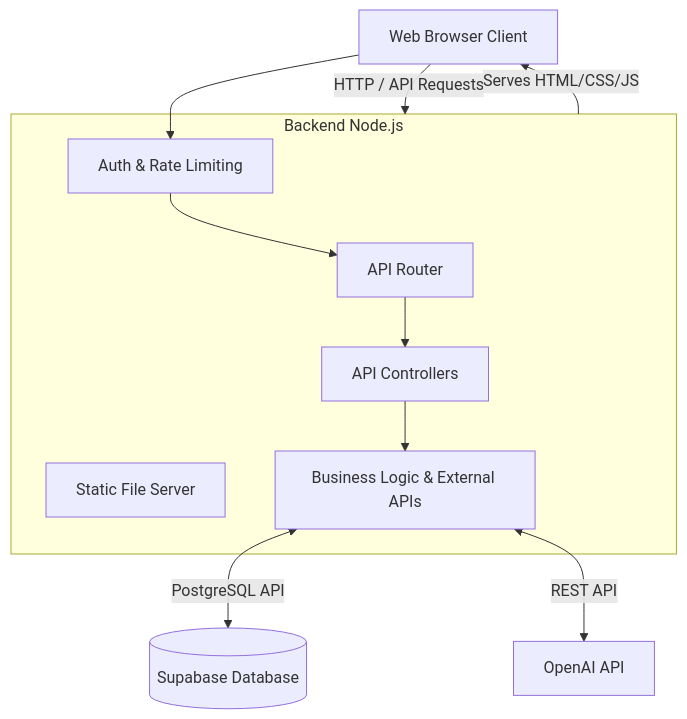
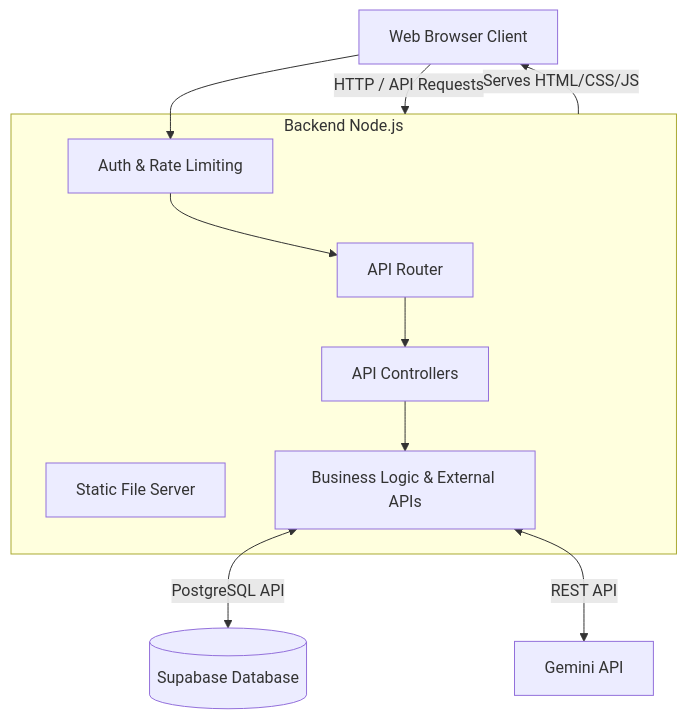
One commit to HADI-bit183/lomba changed the first of 3 diagrams in README.md. Above: the diagram before and after it, drawn with Mermaid. The commit also changed other lines of this file and 10 other files, not shown here.

````diff
--- a/README.md
+++ b/README.md
@@ -14,21 +14,21 @@
 ```mermaid
 graph TD
     Client[Web Browser Client] -->|HTTP / API Requests| Server[Node.js Server]
     
     subgraph Server [Backend Node.js]
         Router[API Router]
         Static[Static File Server]
         Middleware[Auth & Rate Limiting]
         Controllers[API Controllers]
         Services[Business Logic & External APIs]
     end
     
     Server -->|Serves HTML/CSS/JS| Client
     Client --> Middleware
     Middleware --> Router
     Router --> Controllers
     Controllers --> Services
     
     Services <-->|PostgreSQL API| Supabase[(Supabase Database)]
-    Services <-->|REST API| OpenAI[OpenAI API]
+    Services <-->|REST API| Gemini[Gemini API]
 ```
````
